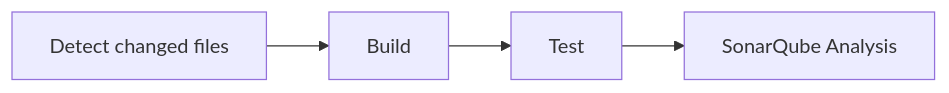
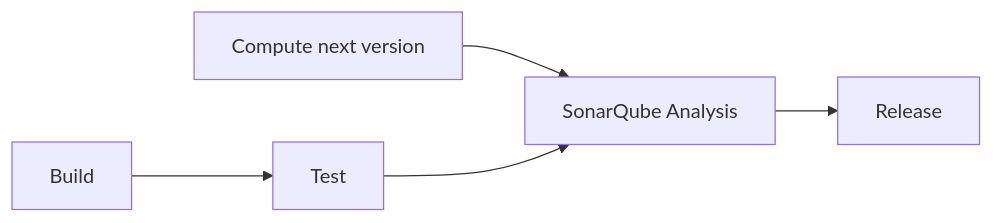
Before and after one commit to rmrighes-sonar/sonarqube-compose: the diagram in README.md, drawn with Mermaid. The commit also changed other lines of this file and 8 other files, not shown here.

````diff
--- a/README.md
+++ b/README.md
@@ -286,4 +284,6 @@
 ```mermaid
 flowchart LR
-    changes[Detect changed files] --> build[Build] --> test[Test] --> sonar[SonarQube Analysis]
+    version[Compute next version] --> sonar[SonarQube Analysis]
+    build[Build] --> test[Test] --> sonar
+    sonar --> release[Release]
 ```
````
